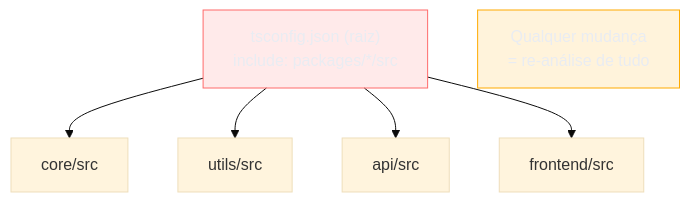
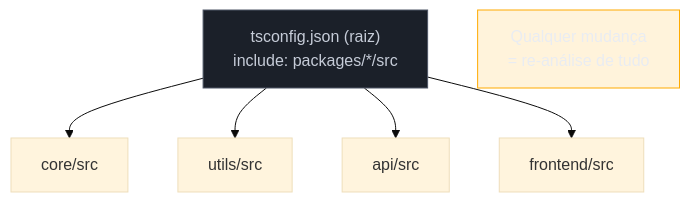
One commit to josenaldo/codex-technomanticus changed the fourth of 8 diagrams in 03-Dominios/Tecnologia/TypeScript/25 - TypeScript em escala - performance do compilador e project references.md. Above: the diagram before and after it, drawn with Mermaid (base theme). The commit also changed other lines of this file and 601 other files, not shown here.

````diff
--- a/03-Dominios/Tecnologia/TypeScript/25 - TypeScript em escala - performance do compilador e project references.md
+++ b/03-Dominios/Tecnologia/TypeScript/25 - TypeScript em escala - performance do compilador e project references.md
@@ -217,17 +217,17 @@
 ```mermaid
 graph TD
-    classDef falha fill:#FF6B6B24,stroke:#FF6B6B,color:#E9ECF2
+    classDef neutro fill:#1B2029,stroke:#4E5666,color:#C6CCD8
     classDef destaque fill:#FFAA0024,stroke:#FFAA00,color:#E9ECF2
     ROOT["tsconfig.json (raiz)\ninclude: packages/*/src"]
     CORE["core/src"]
     UTILS["utils/src"]
     API["api/src"]
     FE["frontend/src"]
 
     ROOT --> CORE & UTILS & API & FE
 
     note["Qualquer mudança\n= re-análise de tudo"]
 
-    class ROOT falha
+    class ROOT neutro
     class note destaque
 ```
````
